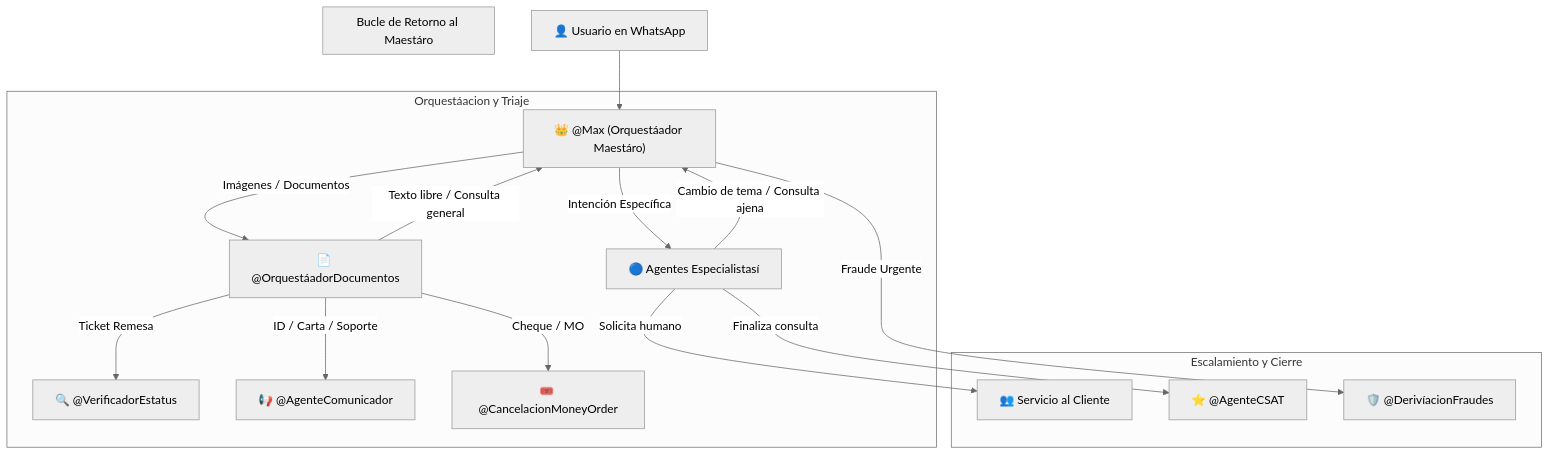
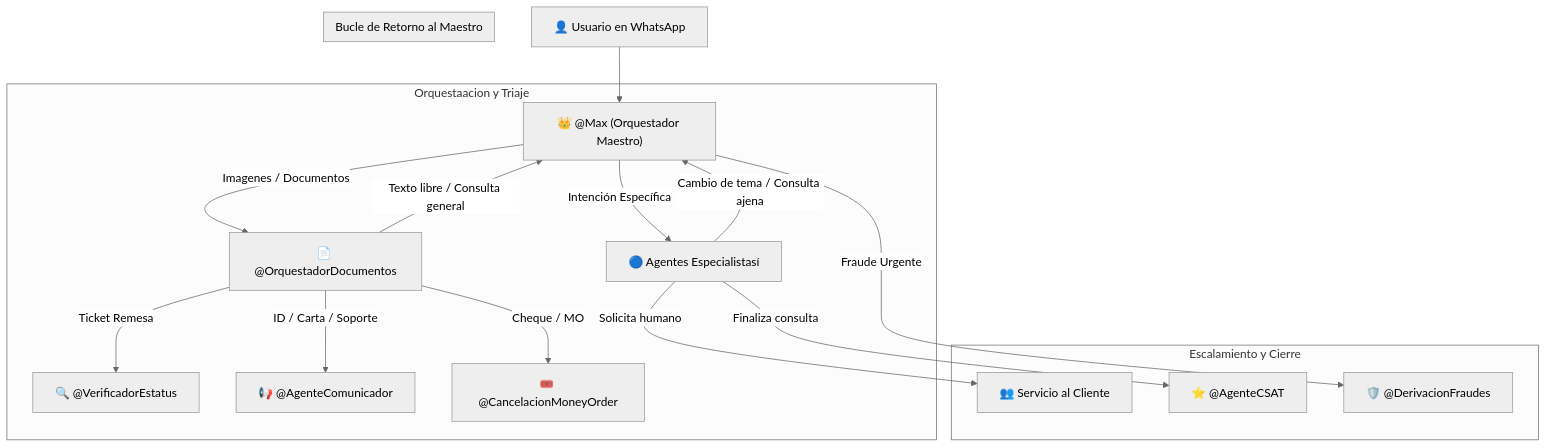
One commit to mxjhurtado-web/Ecosistema-Maxi changed the diagram in Middleware/respondio-middleware/docs/agentes/DISENO_CASCADA_AGENTES.md. Above: the diagram before and after it, drawn with Mermaid (neutral theme). The commit also changed other lines of this file and 1 other file, not shown here.

Commit message:
fix(docs): sanear todos los caracteres acentuados corruptos (Maestro, Cascada, datos, respuesta, asignar, estatus, Derivacion) en los documentos de diseño

````diff
--- a/Middleware/respondio-middleware/docs/agentes/DISENO_CASCADA_AGENTES.md
+++ b/Middleware/respondio-middleware/docs/agentes/DISENO_CASCADA_AGENTES.md
@@ -9,23 +9,23 @@
 ```mermaid
 flowchart TD
-    U["👤 Usuario en WhatsApp"] --> MAX["👑 @Max (Orquestáador Maestáro)"]
+    U["👤 Usuario en WhatsApp"] --> MAX["👑 @Max (Orquestador Maestro)"]
     
-    subgraph Orquestáacion y Triaje
-        MAX -->|"Imágenes / Documentos"| DOCS["📄 @OrquestáadorDocumentos"]
+    subgraph Orquestaacion y Triaje
+        MAX -->|"Imagenes / Documentos"| DOCS["📄 @OrquestadorDocumentos"]
         MAX -->|"Intención Específica"| ESP["🔵 Agentes Especialistasí"]
         DOCS -->|"Ticket Remesa"| EST["🔍 @VerificadorEstatus"]
         DOCS -->|"ID / Carta / Soporte"| COM["📢 @AgenteComunicador"]
         DOCS -->|"Cheque / MO"| MO["🎟️ @CancelacionMoneyOrder"]
     end
     
-    subgraph Bucle de Retorno al Maestáro
+    subgraph Bucle de Retorno al Maestro
         ESP -->|"Cambio de tema / Consulta ajena"| MAX
         DOCS -->|"Texto libre / Consulta general"| MAX
     end
     
     subgraph Escalamiento y Cierre
         ESP -->|"Solicita humano"| HUM["👥 Servicio al Cliente"]
         ESP -->|"Finaliza consulta"| CSAT["⭐️ @AgenteCSAT"]
-        MAX -->|"Fraude Urgente"| FRA["🛡️ @DerivíacionFraudes"]
+        MAX -->|"Fraude Urgente"| FRA["🛡️ @DerivacionFraudes"]
     end
 ```
````
